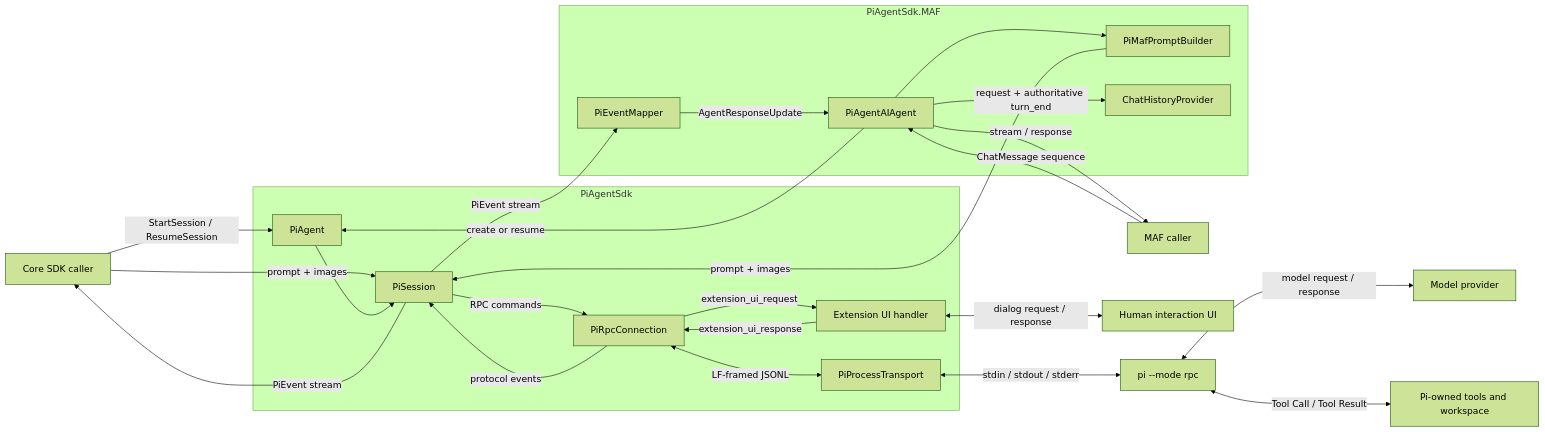
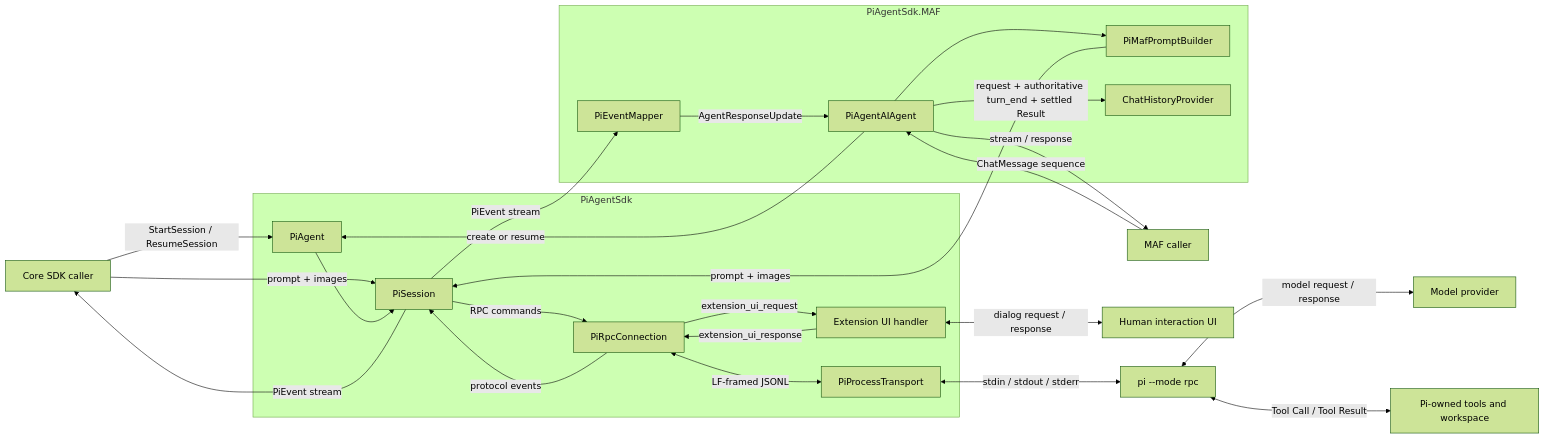
The diagram in src/sdks/pi-agent-sdk-csharp/README.md (zxyao145/agw), drawn with Mermaid (forest theme) before and after one commit. The commit also changed other lines of this file and 23 other files, not shown here.

````diff
--- a/src/sdks/pi-agent-sdk-csharp/README.md
+++ b/src/sdks/pi-agent-sdk-csharp/README.md
@@ -16,50 +16,50 @@
 ```mermaid
 flowchart LR
     CoreCaller["Core SDK caller"]
     MafCaller["MAF caller"]
 
     subgraph Maf["PiAgentSdk.MAF"]
         AiAgent["PiAgentAIAgent"]
         PromptBuilder["PiMafPromptBuilder"]
         EventMapper["PiEventMapper"]
         History["ChatHistoryProvider"]
     end
 
     subgraph Core["PiAgentSdk"]
         Agent["PiAgent"]
         Session["PiSession"]
         Rpc["PiRpcConnection"]
         Transport["PiProcessTransport"]
         UiHandler["Extension UI handler"]
     end
 
     PiProcess["pi --mode rpc"]
     Provider["Model provider"]
     Tools["Pi-owned tools and workspace"]
     Human["Human interaction UI"]
 
     CoreCaller -->|"StartSession / ResumeSession"| Agent
     CoreCaller -->|"prompt + images"| Session
     Session -->|"PiEvent stream"| CoreCaller
 
     MafCaller -->|"ChatMessage sequence"| AiAgent
     AiAgent --> PromptBuilder
     PromptBuilder -->|"prompt + images"| Session
     AiAgent -->|"create or resume"| Agent
     Session -->|"PiEvent stream"| EventMapper
     EventMapper -->|"AgentResponseUpdate"| AiAgent
     AiAgent -->|"stream / response"| MafCaller
-    AiAgent -->|"request + authoritative turn_end"| History
+    AiAgent -->|"request + authoritative turn_end + settled Result"| History
 
     Agent --> Session
     Session -->|"RPC commands"| Rpc
     Rpc -->|"protocol events"| Session
     Rpc <-->|"LF-framed JSONL"| Transport
     Transport <-->|"stdin / stdout / stderr"| PiProcess
 
     PiProcess <-->|"model request / response"| Provider
     PiProcess <-->|"Tool Call / Tool Result"| Tools
     Rpc -->|"extension_ui_request"| UiHandler
     UiHandler <-->|"dialog request / response"| Human
     UiHandler -->|"extension_ui_response"| Rpc
 ```
````
